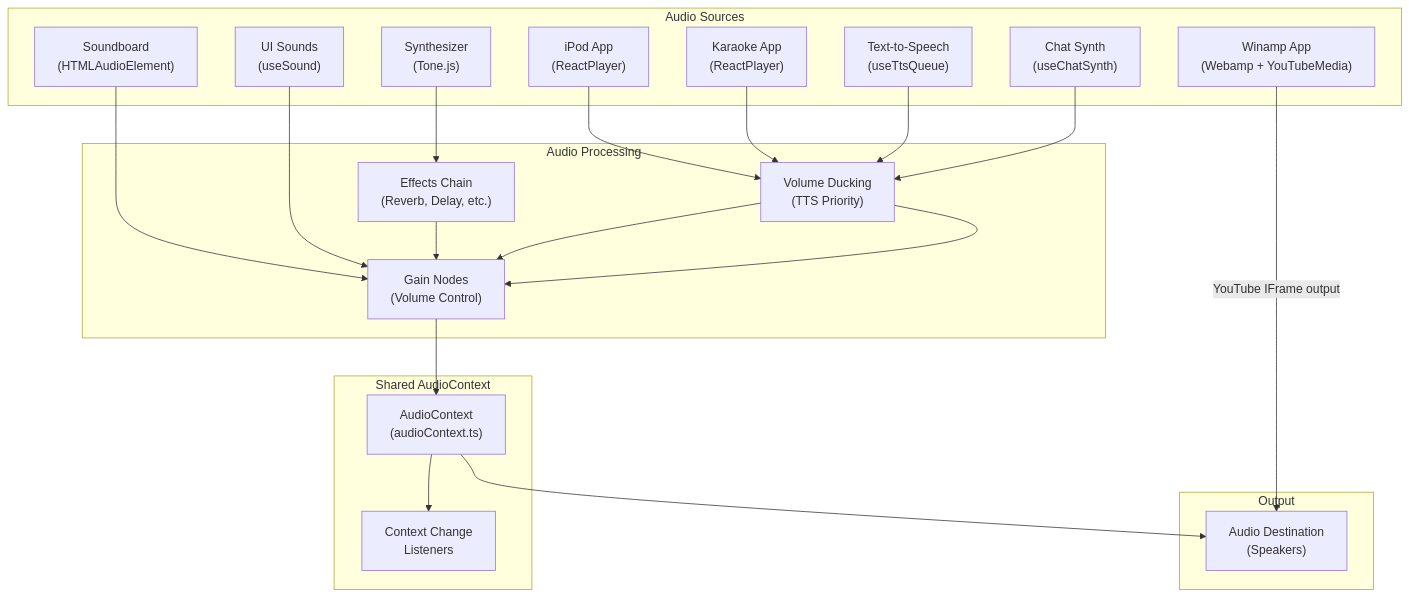
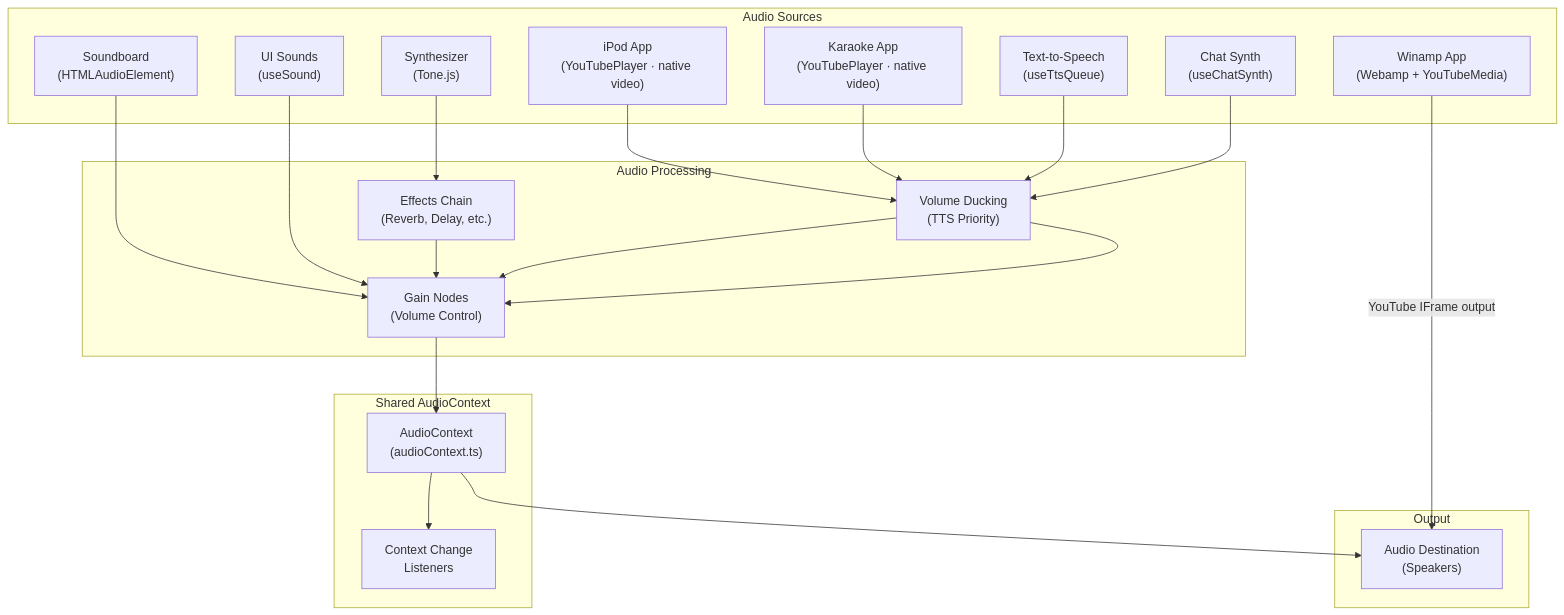
The first of 3 diagrams in docs/6-audio-system.md (ryokun6/ryos), drawn with Mermaid before and after one commit. The commit also changed other lines of this file and 1 other file, not shown here.

Commit message:
docs(audio): document native YouTubePlayer pipeline (replaces ReactPlayer)

````diff
--- a/docs/6-audio-system.md
+++ b/docs/6-audio-system.md
@@ -18,40 +18,40 @@
 ```mermaid
 graph TB
     subgraph Sources["Audio Sources"]
-        iPod["iPod App<br/>(ReactPlayer)"]
-        Karaoke["Karaoke App<br/>(ReactPlayer)"]
+        iPod["iPod App<br/>(YouTubePlayer · native video)"]
+        Karaoke["Karaoke App<br/>(YouTubePlayer · native video)"]
         Winamp["Winamp App<br/>(Webamp + YouTubeMedia)"]
         Soundboard["Soundboard<br/>(HTMLAudioElement)"]
         UI["UI Sounds<br/>(useSound)"]
         Synth["Synthesizer<br/>(Tone.js)"]
         TTS["Text-to-Speech<br/>(useTtsQueue)"]
         ChatSynth["Chat Synth<br/>(useChatSynth)"]
     end
     
     subgraph Processing["Audio Processing"]
         GainNode["Gain Nodes<br/>(Volume Control)"]
         Effects["Effects Chain<br/>(Reverb, Delay, etc.)"]
         Ducking["Volume Ducking<br/>(TTS Priority)"]
     end
     
     subgraph Context["Shared AudioContext"]
         AC["AudioContext<br/>(audioContext.ts)"]
         Listeners["Context Change<br/>Listeners"]
     end
     
     subgraph Output["Output"]
         Dest["Audio Destination<br/>(Speakers)"]
     end
     
     iPod --> Ducking
     Karaoke --> Ducking
     Winamp -->|"YouTube IFrame output"| Dest
     Soundboard --> GainNode
     UI --> GainNode
     Synth --> Effects --> GainNode
     TTS --> Ducking --> GainNode
     ChatSynth --> Ducking
     Ducking --> GainNode
     GainNode --> AC --> Dest
     AC --> Listeners
 ```
````
